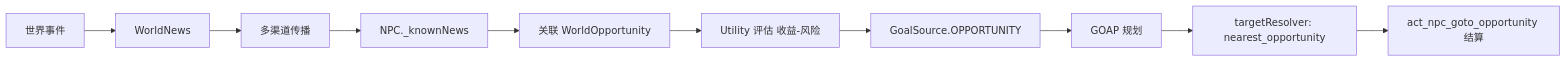
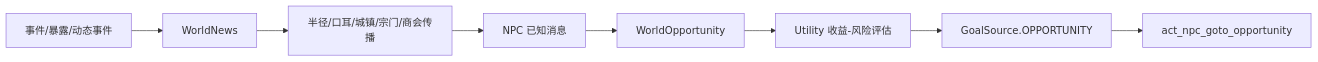
The diagram in docs/systems/opportunity-system.md (1656970772/CultivationWorld), drawn with Mermaid before and after one commit. The commit also changed other lines of this file and 321 other files, not shown here.

````diff
--- a/docs/systems/opportunity-system.md
+++ b/docs/systems/opportunity-system.md
@@ -11,12 +10,10 @@
 ```mermaid
 flowchart LR
-  EV[世界事件] --> NEWS[WorldNews]
-  NEWS --> PROP[多渠道传播]
-  PROP --> KNOW[NPC._knownNews]
-  KNOW --> OPP[关联 WorldOpportunity]
-  OPP --> UTIL[Utility 评估 收益-风险]
-  UTIL --> GOAL[GoalSource.OPPORTUNITY]
-  GOAL --> GOAP[GOAP 规划]
-  GOAP --> TARGET[targetResolver: nearest_opportunity]
-  TARGET --> ACT[act_npc_goto_opportunity 结算]
+  EV["事件/暴露/动态事件"] --> NEWS["WorldNews"]
+  NEWS --> PROP["半径/口耳/城镇/宗门/商会传播"]
+  PROP --> KNOW["NPC 已知消息"]
+  KNOW --> OPP["WorldOpportunity"]
+  OPP --> UTIL["Utility 收益-风险评估"]
+  UTIL --> GOAL["GoalSource.OPPORTUNITY"]
+  GOAL --> ACT["act_npc_goto_opportunity"]
 ```
````
